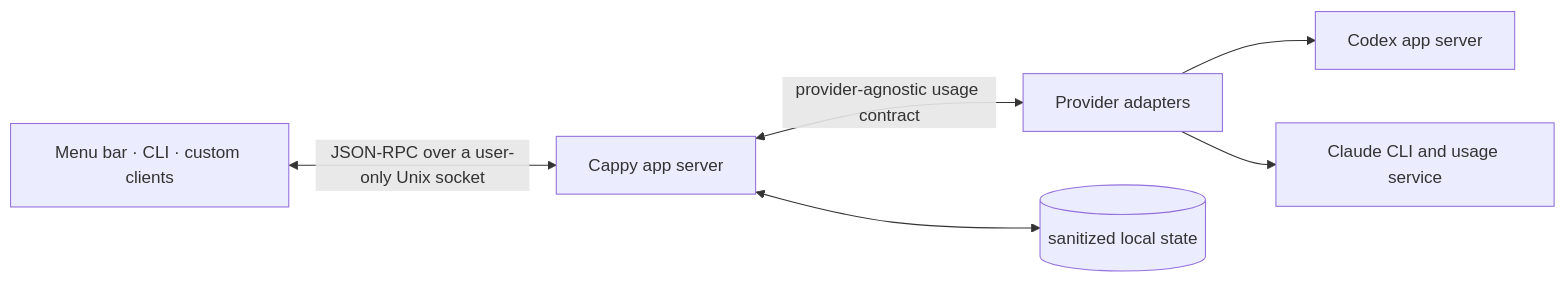
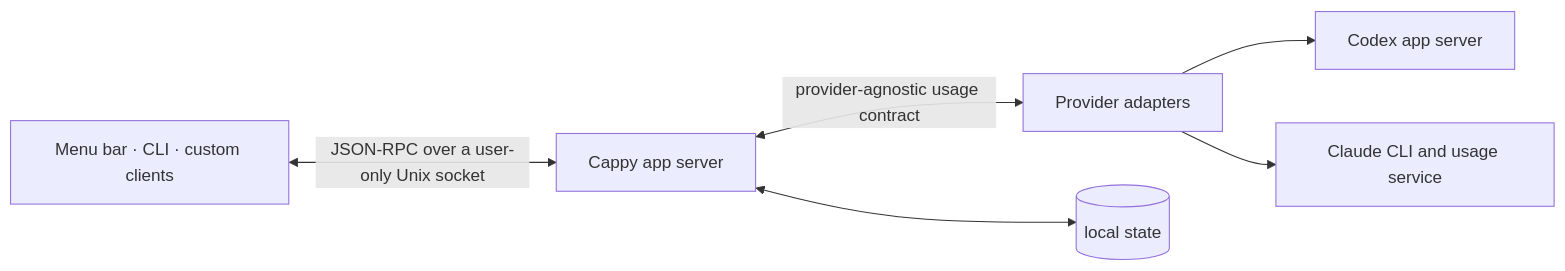
One commit to joetam/cappy changed the diagram in README.md. Above: the diagram before and after it, drawn with Mermaid. The commit also changed other lines of this file, not shown here.

````diff
--- a/README.md
+++ b/README.md
@@ -15,8 +37,8 @@
 ```mermaid
 flowchart LR
     UI["Menu bar · CLI · custom clients"] <-->|"JSON-RPC over a user-only Unix socket"| SERVER["Cappy app server"]
     SERVER <-->|"provider-agnostic usage contract"| ADAPTERS["Provider adapters"]
     ADAPTERS --> CODEX["Codex app server"]
     ADAPTERS --> CLAUDE["Claude CLI and usage service"]
-    SERVER <--> STATE[("sanitized local state")]
+    SERVER <--> STATE[("local state")]
 ```
````
